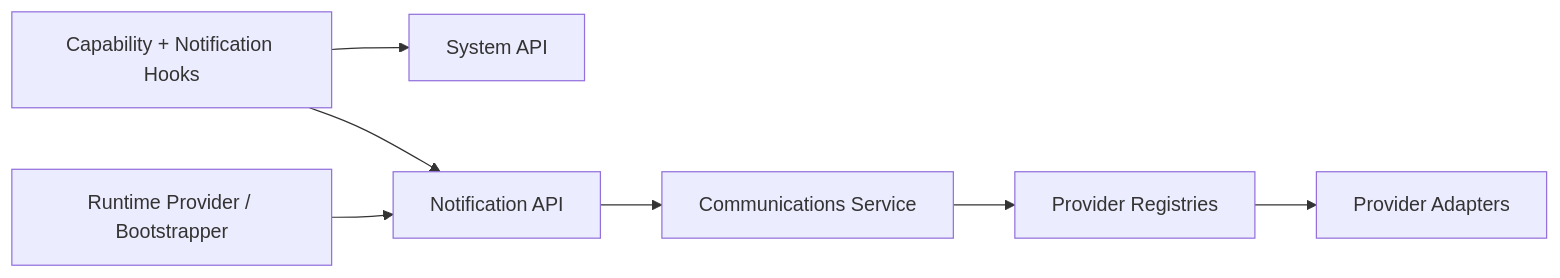
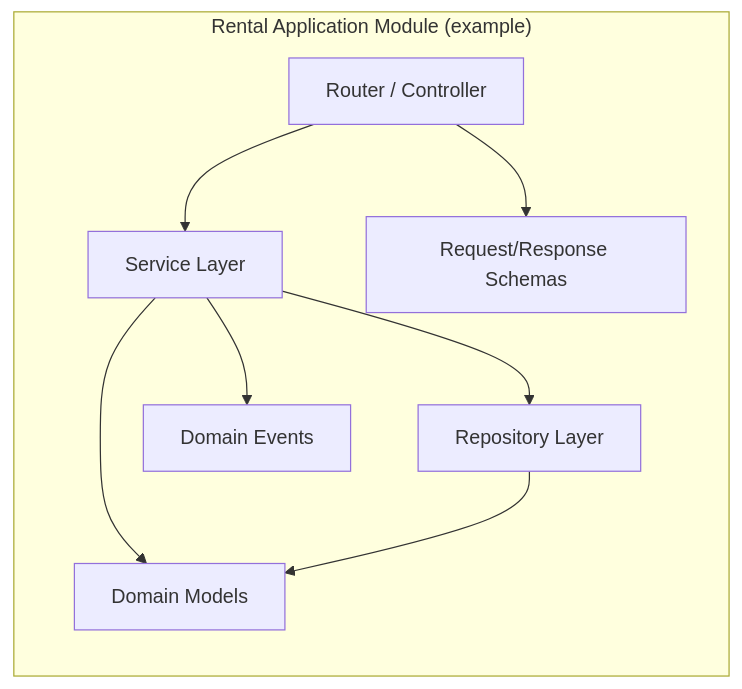
Before and after one commit to 0Ankit0/meroghar: the second of 3 diagrams in docs/detailed-design/component-diagrams.md, drawn with Mermaid. The commit also changed other lines of this file and 37 other files, not shown here.

````diff
--- a/docs/detailed-design/component-diagrams.md
+++ b/docs/detailed-design/component-diagrams.md
@@ -3,17 +107,19 @@
 ```mermaid
-flowchart LR
-  ClientHooks[Capability + Notification Hooks]
-  UIRuntime[Runtime Provider / Bootstrapper]
-  SystemAPI[System API]
-  NotificationAPI[Notification API]
-  Comms[Communications Service]
-  Registries[Provider Registries]
-  Adapters[Provider Adapters]
+graph LR
+    subgraph "Rental Application Module (example)"
+        direction TB
+        BookRouter[Router / Controller]
+        BookService[Service Layer]
+        BookRepo[Repository Layer]
+        BookModels[Domain Models]
+        BookSchemas[Request/Response Schemas]
+        BookEvents[Domain Events]
+    end
 
-  ClientHooks --> SystemAPI
-  ClientHooks --> NotificationAPI
-  UIRuntime --> NotificationAPI
-  NotificationAPI --> Comms
-  Comms --> Registries
-  Registries --> Adapters
+    BookRouter --> BookService
+    BookService --> BookRepo
+    BookService --> BookModels
+    BookService --> BookEvents
+    BookRouter --> BookSchemas
+    BookRepo --> BookModels
 ```
````
